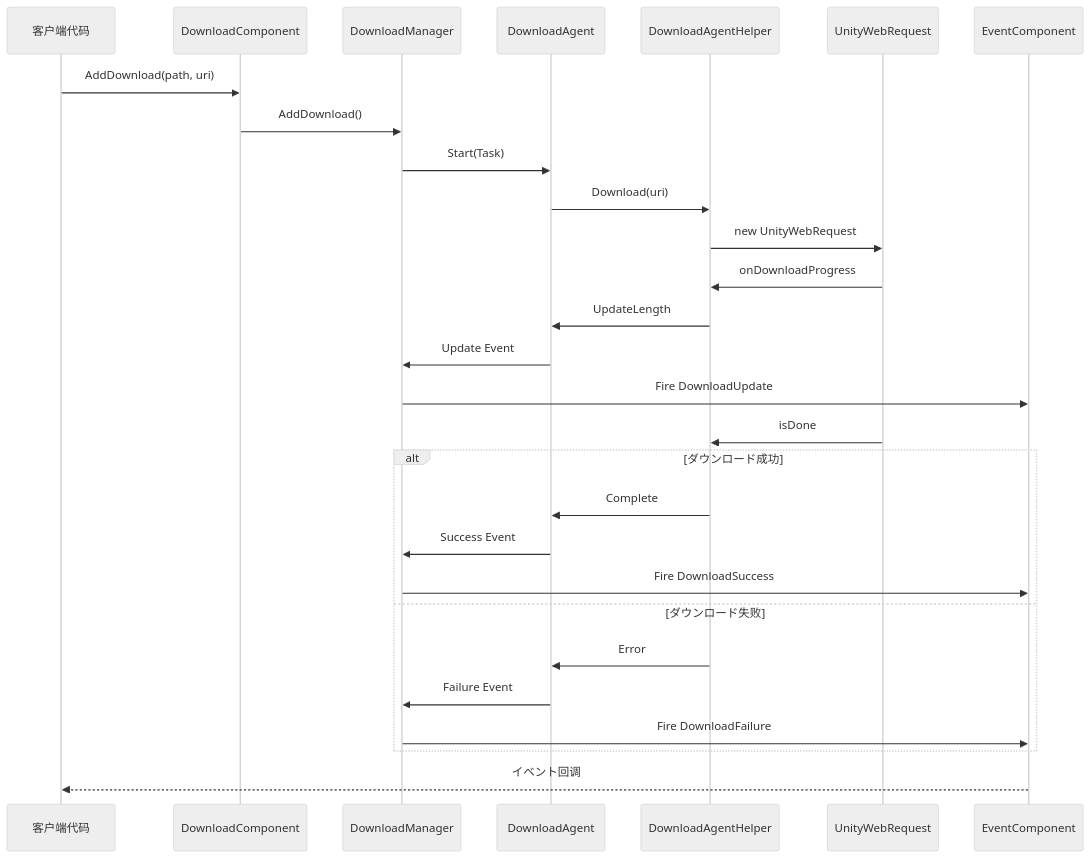
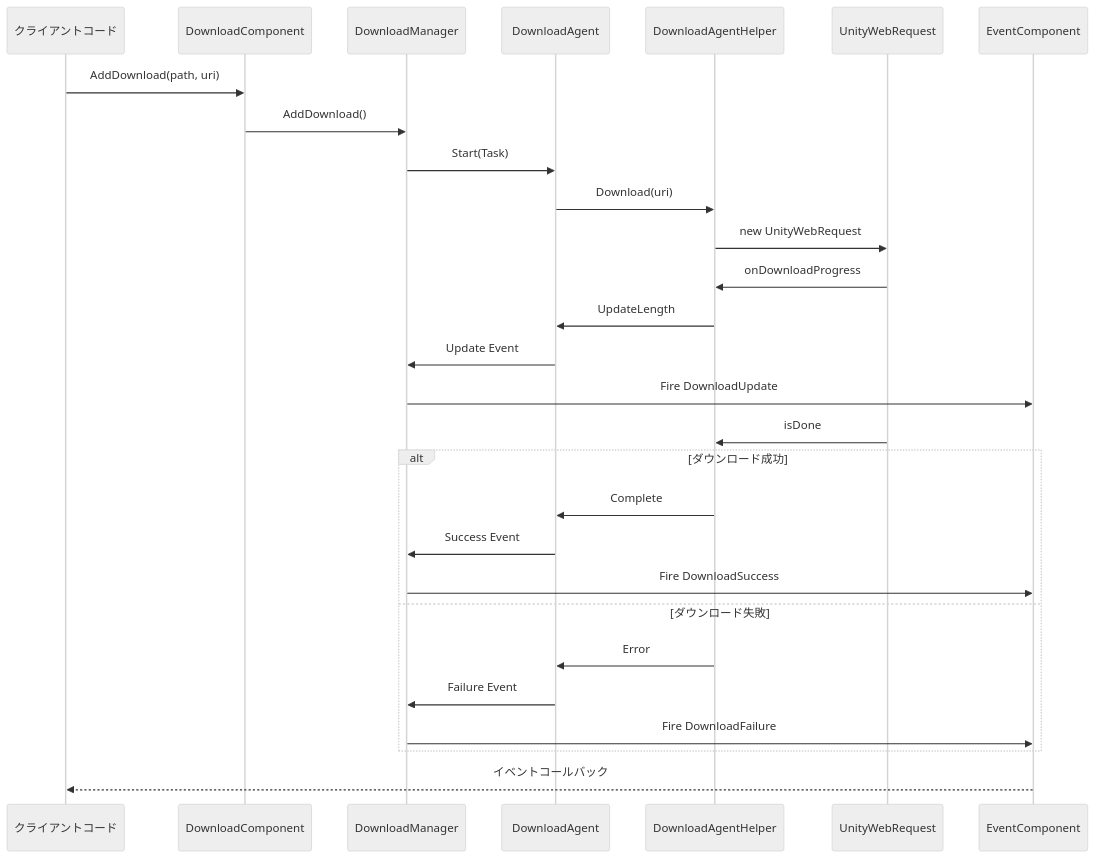
Before and after one commit to AlianBlank/GameFrameX.Docs: the second of 2 diagrams in docs/ja/client/unity/component/download/01.overview.md, drawn with Mermaid (neutral theme). The commit also changed other lines of this file and 320 other files, not shown here.

````diff
--- a/docs/ja/client/unity/component/download/01.overview.md
+++ b/docs/ja/client/unity/component/download/01.overview.md
@@ -146,31 +146,31 @@
 ```mermaid
 sequenceDiagram
-    participant Client as 客户端代码
+    participant Client as クライアントコード
     participant DC as DownloadComponent
     participant DM as DownloadManager
     participant DA as DownloadAgent
     participant H as DownloadAgentHelper
     participant Net as UnityWebRequest
     participant EC as EventComponent
 
     Client->>DC: AddDownload(path, uri)
     DC->>DM: AddDownload()
     DM->>DA: Start(Task)
     DA->>H: Download(uri)
     H->>Net: new UnityWebRequest
     Net->>H: onDownloadProgress
     H->>DA: UpdateLength
     DA->>DM: Update Event
     DM->>EC: Fire DownloadUpdate
     Net->>H: isDone
     alt ダウンロード成功
         H->>DA: Complete
         DA->>DM: Success Event
         DM->>EC: Fire DownloadSuccess
-    else ダウンロード失败
+    else ダウンロード失敗
         H->>DA: Error
         DA->>DM: Failure Event
         DM->>EC: Fire DownloadFailure
     end
-    EC-->>Client: イベント回调
+    EC-->>Client: イベントコールバック
 ```
````
